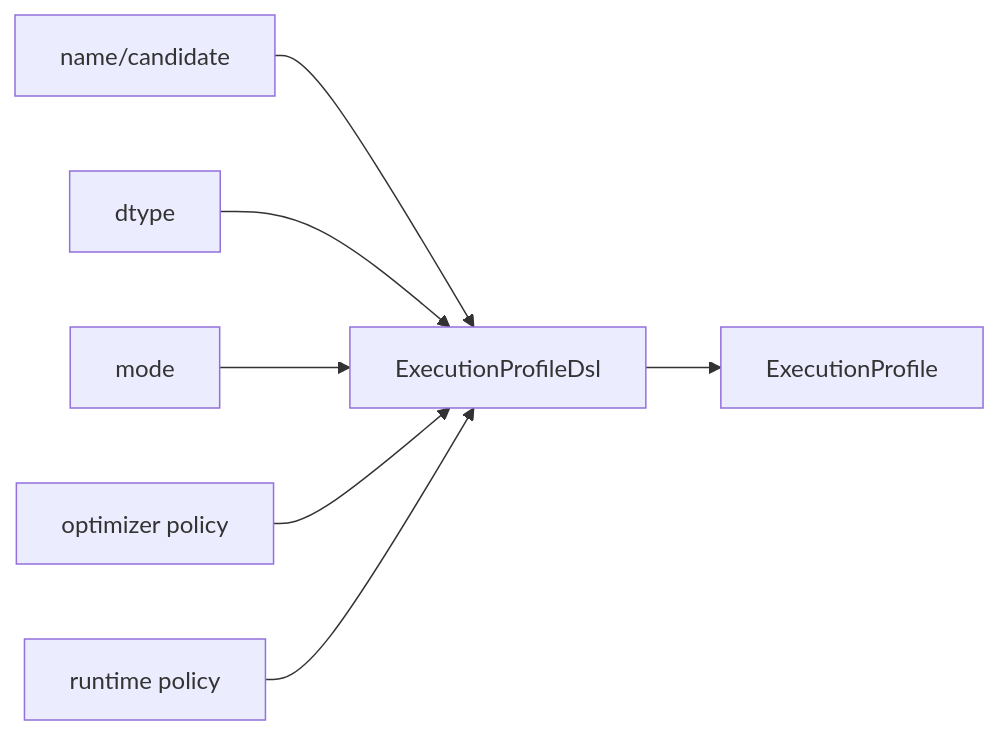
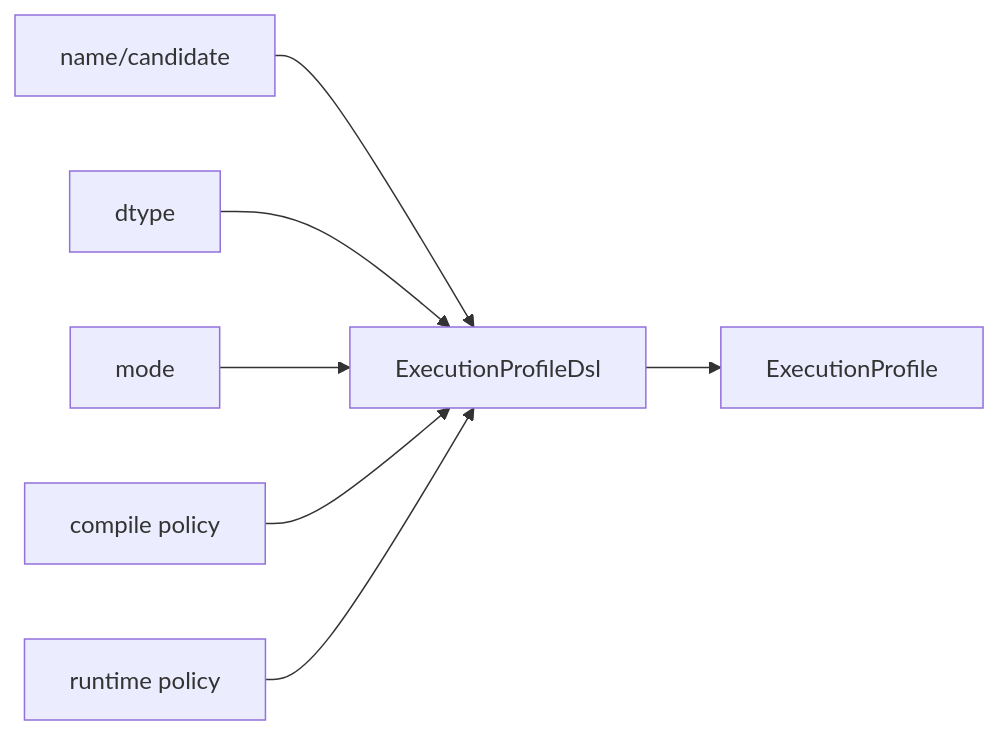
The sixth of 7 diagrams in docs/calibration-autotune.md (pho001/Synaptik), drawn with Mermaid before and after one commit. The commit also changed other lines of this file and 34 other files, not shown here.

Commit message:
docs: align architecture with compile planning model

````diff
--- a/docs/calibration-autotune.md
+++ b/docs/calibration-autotune.md
@@ -1179,17 +1180,17 @@
 ```mermaid
 flowchart LR
     Name["name/candidate"]
     DType["dtype"]
     Mode["mode"]
-    Opt["optimizer policy"]
+    Opt["compile policy"]
     Runtime["runtime policy"]
     Builder["ExecutionProfileDsl"]
     Profile["ExecutionProfile"]
 
     Name --> Builder
     DType --> Builder
     Mode --> Builder
     Opt --> Builder
     Runtime --> Builder
     Builder --> Profile
 ```
````
